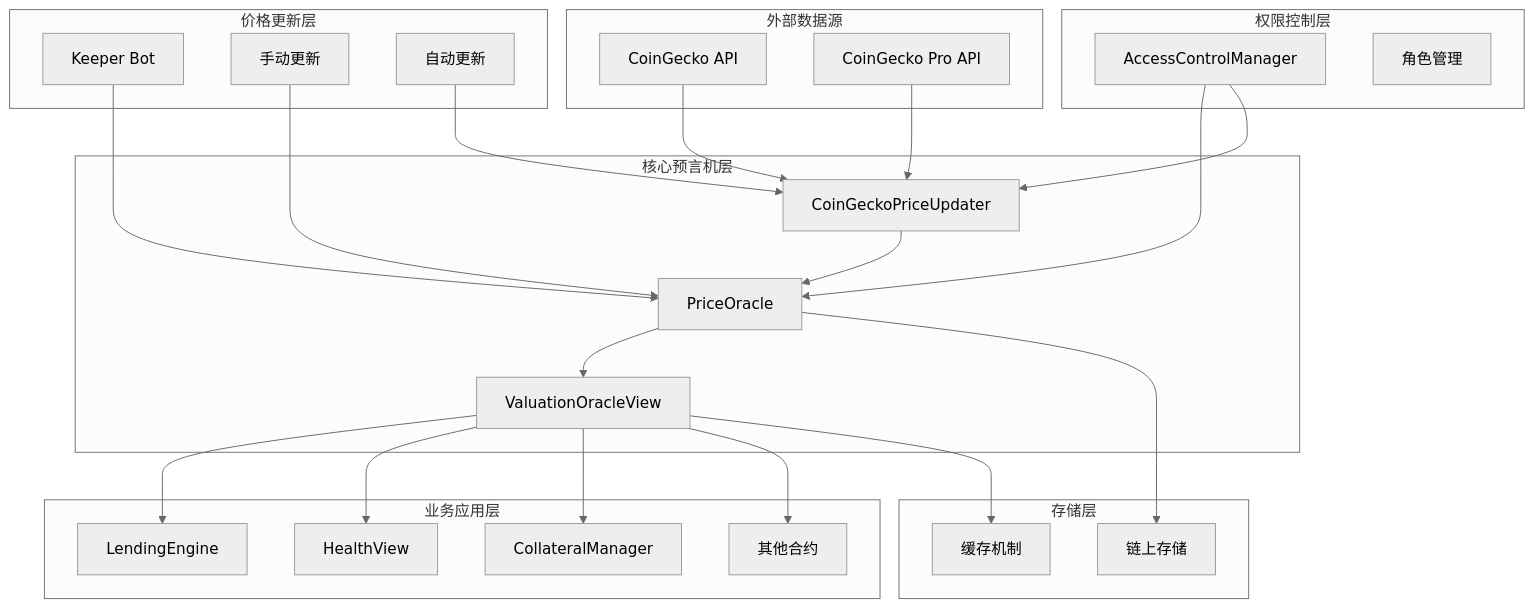
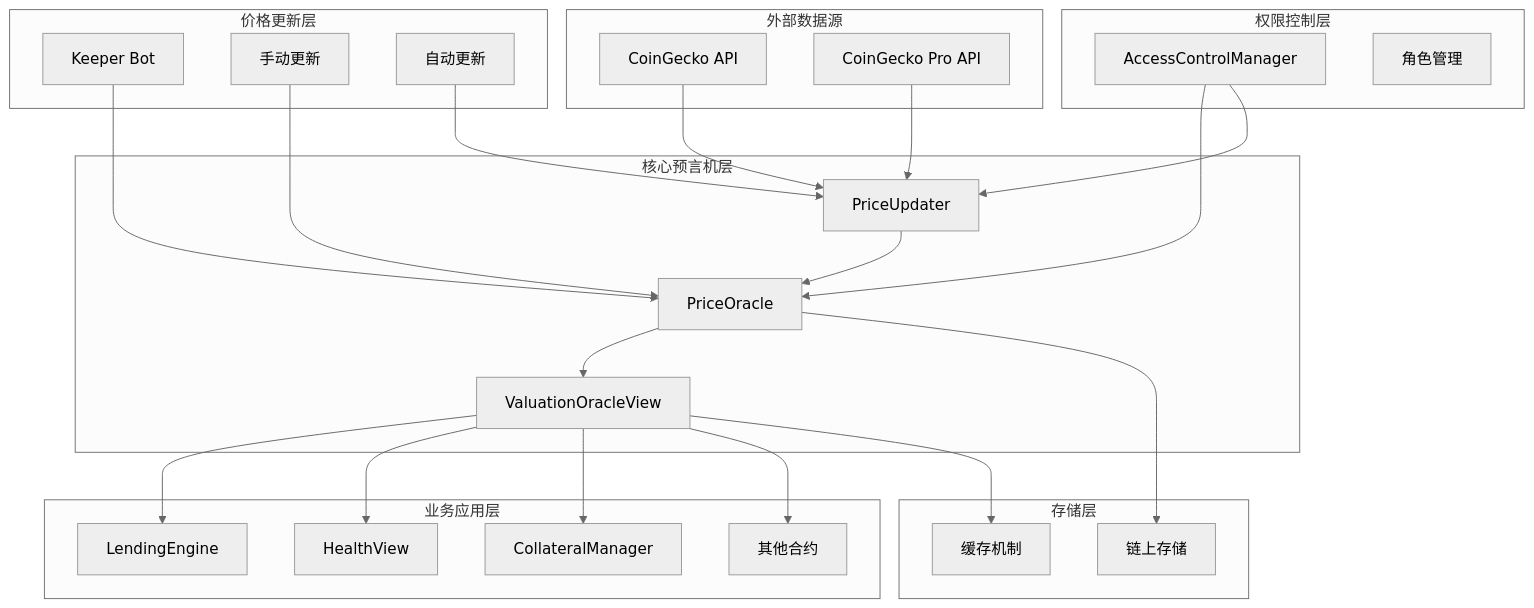
One commit to Anyawb/contracts changed the first of 3 diagrams in docs/Usage-Guide/PriceOracle-Guide.md. Above: the diagram before and after it, drawn with Mermaid (neutral theme). The commit also changed other lines of this file and 538 other files, not shown here.

````diff
--- a/docs/Usage-Guide/PriceOracle-Guide.md
+++ b/docs/Usage-Guide/PriceOracle-Guide.md
@@ -108,52 +109,52 @@
 ```mermaid
 graph TB
     subgraph "外部数据源"
         CG[CoinGecko API]
         CG2[CoinGecko Pro API]
     end
     
     subgraph "价格更新层"
         Keeper[Keeper Bot]
         Manual[手动更新]
         Auto[自动更新]
     end
     
     subgraph "核心预言机层"
         PO[PriceOracle]
-        CGU[CoinGeckoPriceUpdater]
+        CGU[PriceUpdater]
         VOA[ValuationOracleView]
     end
     
     subgraph "权限控制层"
         ACM[AccessControlManager]
         Roles[角色管理]
     end
     
     subgraph "业务应用层"
         LE[LendingEngine]
         HF[HealthView]
         CM[CollateralManager]
         Other[其他合约]
     end
     
     subgraph "存储层"
         Storage[链上存储]
         Cache[缓存机制]
     end
     
     CG --> CGU
     CG2 --> CGU
     Keeper --> PO
     Manual --> PO
     Auto --> CGU
     CGU --> PO
     PO --> VOA
     VOA --> LE
     VOA --> HF
     VOA --> CM
     VOA --> Other
     ACM --> PO
     ACM --> CGU
     PO --> Storage
     VOA --> Cache
 ```
````
